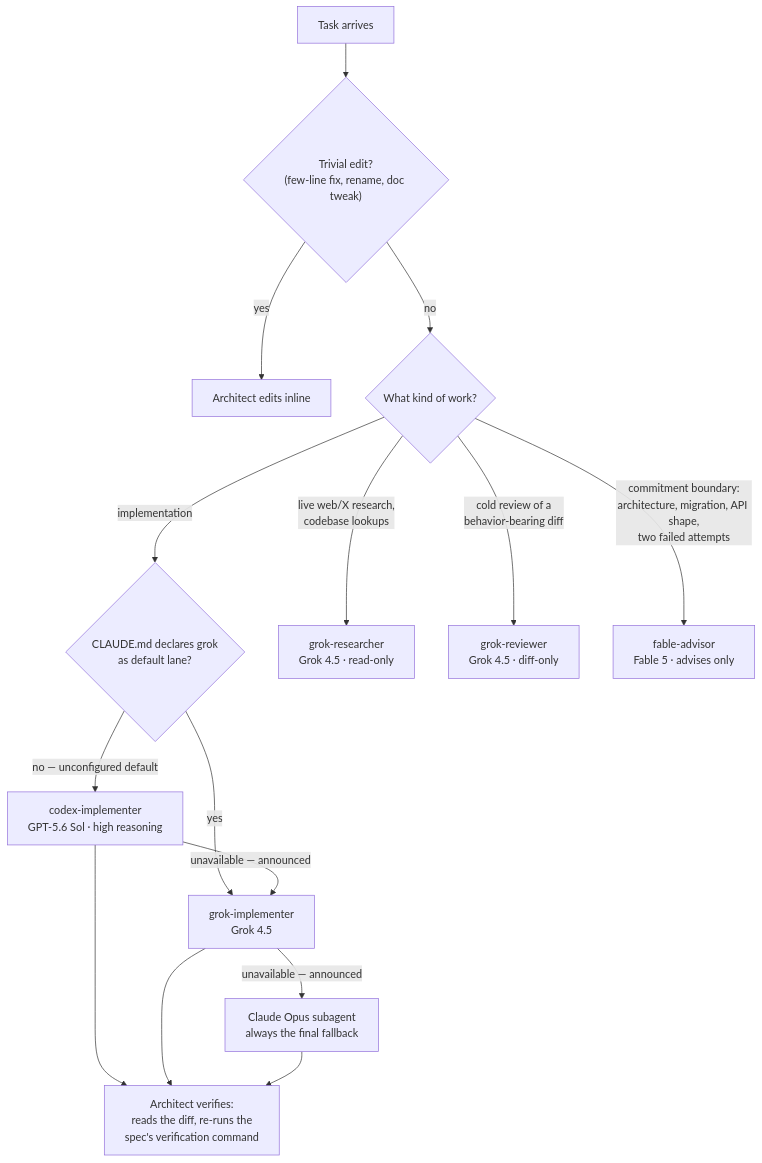
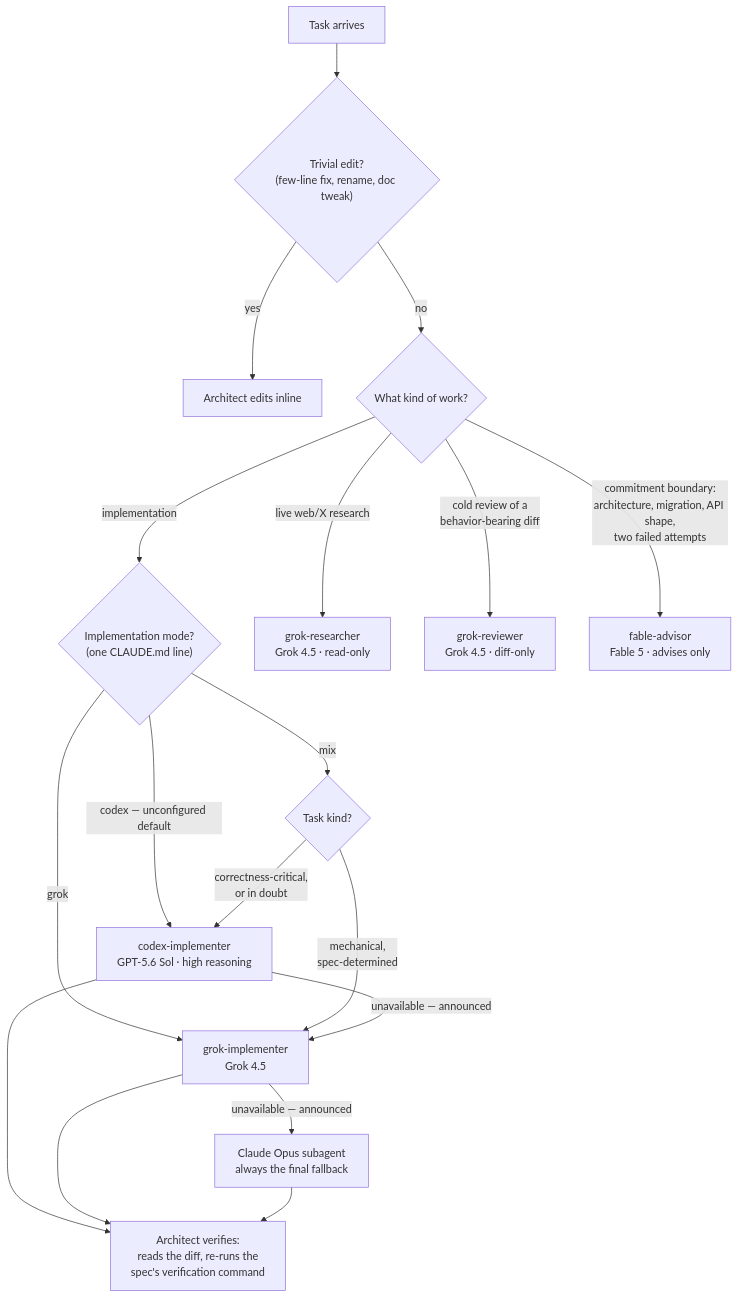
Before and after one commit to mar3co/fable-orchestrator: the diagram in README.md, drawn with Mermaid. The commit also changed other lines of this file and 8 other files, not shown here.

First line of the commit message:
Add implementation routing modes, lane supervisor, review tiers (3.5.0)

````diff
--- a/README.md
+++ b/README.md
@@ -25,20 +25,23 @@
 ```mermaid
 flowchart TD
     T["Task arrives"] --> Q{"Trivial edit?<br/>(few-line fix, rename, doc tweak)"}
     Q -->|yes| INLINE["Architect edits inline"]
     Q -->|no| K{"What kind of work?"}
 
-    K -->|implementation| DEF{"CLAUDE.md declares grok<br/>as default lane?"}
-    DEF -->|"no — unconfigured default"| CODEX["codex-implementer<br/>GPT-5.6 Sol · high reasoning"]
-    DEF -->|yes| GROK["grok-implementer<br/>Grok 4.5"]
+    K -->|implementation| DEF{"Implementation mode?<br/>(one CLAUDE.md line)"}
+    DEF -->|"codex — unconfigured default"| CODEX["codex-implementer<br/>GPT-5.6 Sol · high reasoning"]
+    DEF -->|grok| GROK["grok-implementer<br/>Grok 4.5"]
+    DEF -->|mix| MIX{"Task kind?"}
+    MIX -->|"mechanical,<br/>spec-determined"| GROK
+    MIX -->|"correctness-critical,<br/>or in doubt"| CODEX
     CODEX -->|"unavailable — announced"| GROK
     GROK -->|"unavailable — announced"| OPUS["Claude Opus subagent<br/>always the final fallback"]
 
-    K -->|"live web/X research,<br/>codebase lookups"| RES["grok-researcher<br/>Grok 4.5 · read-only"]
+    K -->|"live web/X research"| RES["grok-researcher<br/>Grok 4.5 · read-only"]
     K -->|"cold review of a<br/>behavior-bearing diff"| REV["grok-reviewer<br/>Grok 4.5 · diff-only"]
     K -->|"commitment boundary:<br/>architecture, migration, API shape,<br/>two failed attempts"| ADV["fable-advisor<br/>Fable 5 · advises only"]
 
     CODEX --> VER["Architect verifies:<br/>reads the diff, re-runs the<br/>spec's verification command"]
     GROK --> VER
     OPUS --> VER
 ```
````
